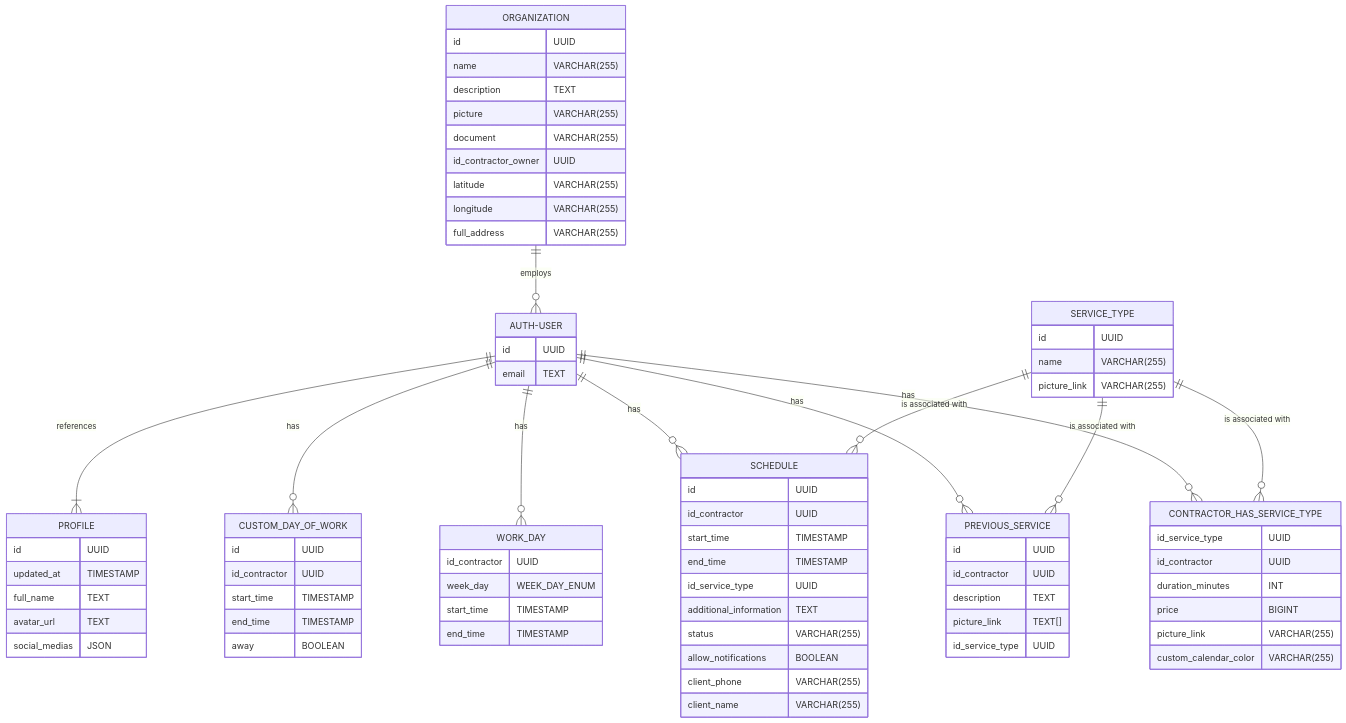
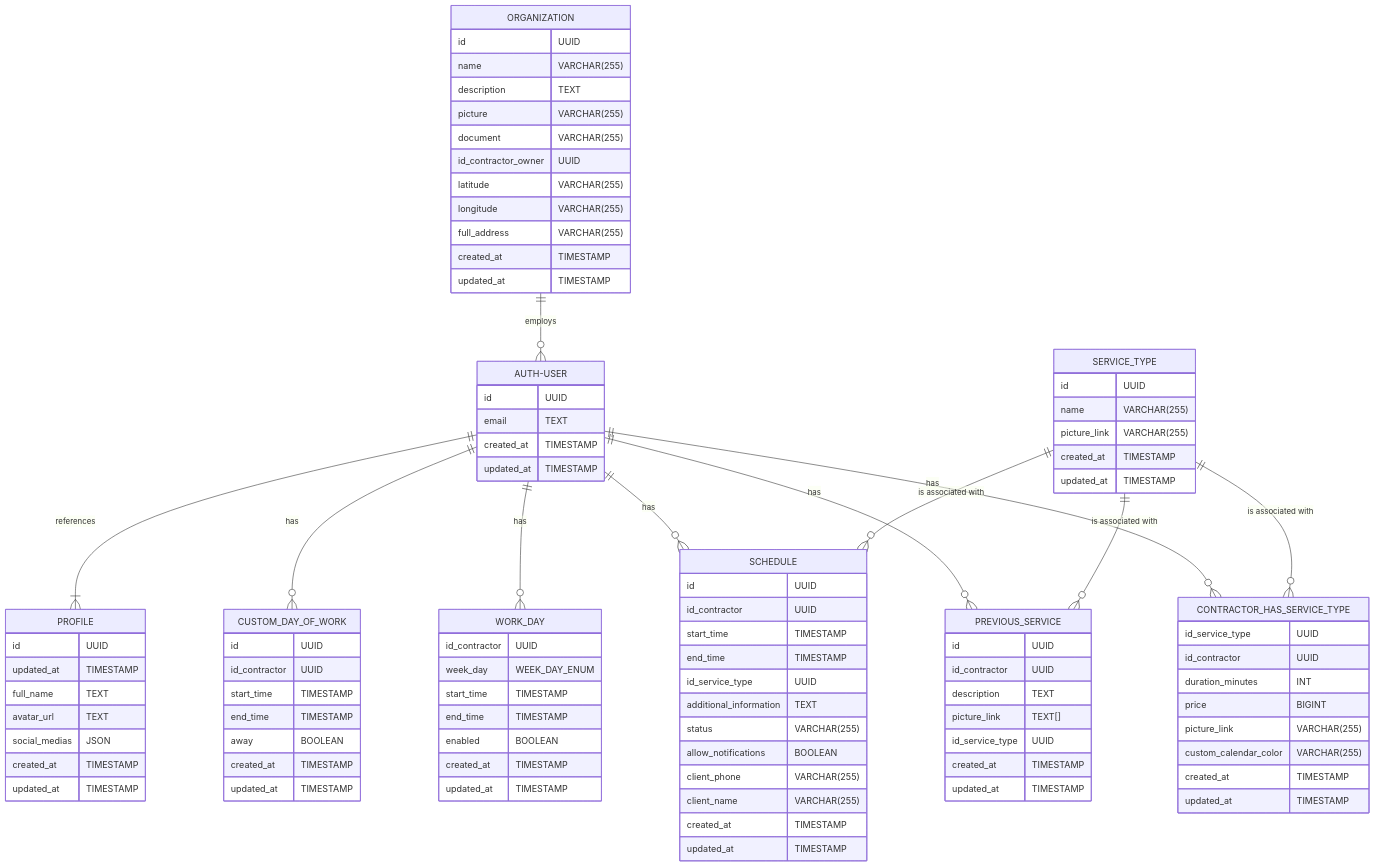
The diagram in README.md (joaojhgs/saas-template), drawn with Mermaid before and after one commit.

```diff
--- a/README.md
+++ b/README.md
@@ -46,6 +46,8 @@
     AUTH-USER {
         id UUID
         email TEXT
+        created_at TIMESTAMP
+        updated_at TIMESTAMP
     }
     PROFILE {
         id UUID
@@ -53,6 +55,8 @@
         full_name TEXT
         avatar_url TEXT
         social_medias JSON
+        created_at TIMESTAMP
+        updated_at TIMESTAMP
     }
     ORGANIZATION {
         id UUID
@@ -64,6 +68,8 @@
         latitude VARCHAR(255)
         longitude VARCHAR(255)
         full_address VARCHAR(255)
+        created_at TIMESTAMP
+        updated_at TIMESTAMP
     }
     PREVIOUS_SERVICE {
         id UUID
@@ -71,11 +77,15 @@
         description TEXT
         picture_link TEXT[]
         id_service_type UUID
+        created_at TIMESTAMP
+        updated_at TIMESTAMP
     }
     SERVICE_TYPE {
         id UUID
         name VARCHAR(255)
         picture_link VARCHAR(255)
+        created_at TIMESTAMP
+        updated_at TIMESTAMP
     }
     CONTRACTOR_HAS_SERVICE_TYPE {
         id_service_type UUID
@@ -84,6 +94,8 @@
         price BIGINT
         picture_link VARCHAR(255)
         custom_calendar_color VARCHAR(255)
+        created_at TIMESTAMP
+        updated_at TIMESTAMP
     }
     SCHEDULE {
         id UUID
@@ -96,12 +108,17 @@
         allow_notifications BOOLEAN
         client_phone VARCHAR(255)
         client_name VARCHAR(255)
+        created_at TIMESTAMP
+        updated_at TIMESTAMP
     }
     WORK_DAY {
         id_contractor UUID
         week_day WEEK_DAY_ENUM
         start_time TIMESTAMP
         end_time TIMESTAMP
+        enabled BOOLEAN
+        created_at TIMESTAMP
+        updated_at TIMESTAMP
     }
     CUSTOM_DAY_OF_WORK {
         id UUID
@@ -109,6 +126,8 @@
         start_time TIMESTAMP
         end_time TIMESTAMP
         away BOOLEAN
+        created_at TIMESTAMP
+        updated_at TIMESTAMP
     }
     
     AUTH-USER ||--o{ CONTRACTOR_HAS_SERVICE_TYPE : "has"
```
